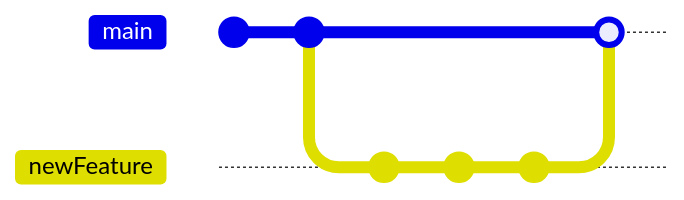
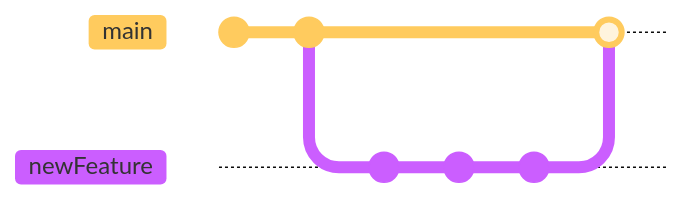
The second of 3 diagrams in src/views/git/git-rebase-workflow.md (hoangthanhtien/tienhoangdevcmsfe), drawn with Mermaid before and after one commit. The commit also changed other lines of this file and 10 other files, not shown here. Commit ids are hidden.

````diff
--- a/src/views/git/git-rebase-workflow.md
+++ b/src/views/git/git-rebase-workflow.md
@@ -25,11 +28,12 @@
 ```mermaid
+%%{init: { 'logLevel': 'debug', 'theme': 'base', 'gitGraph': {'showBranches': true,'showCommitLabel': false}} }%%
 gitGraph
 commit
 commit
 branch newFeature
 commit
 commit
 commit
 checkout main
 merge newFeature
 ```
````
